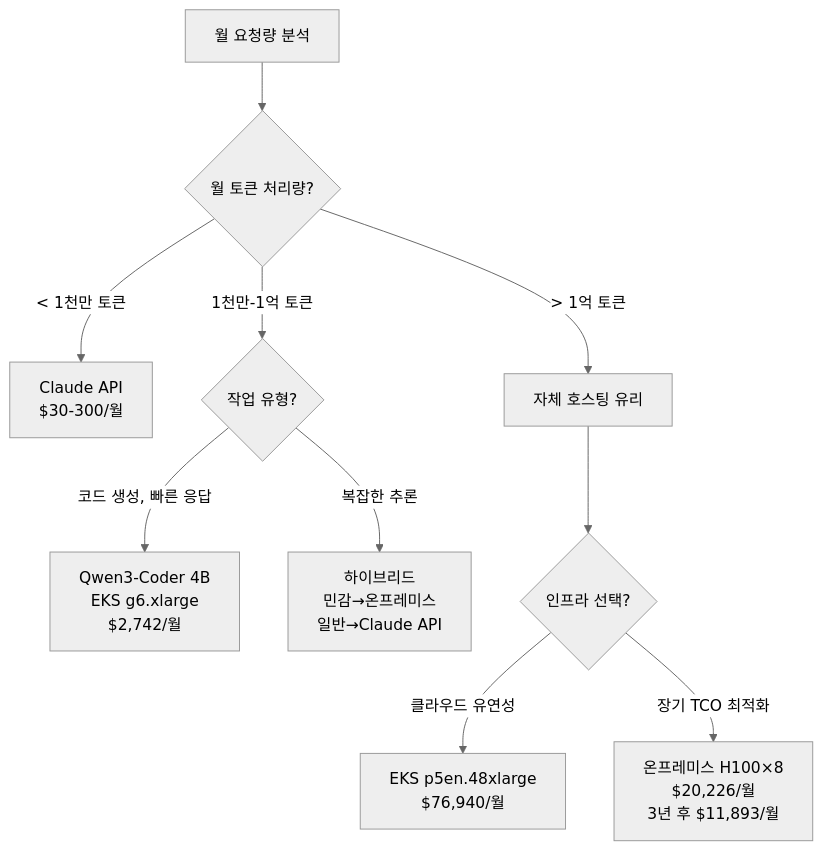
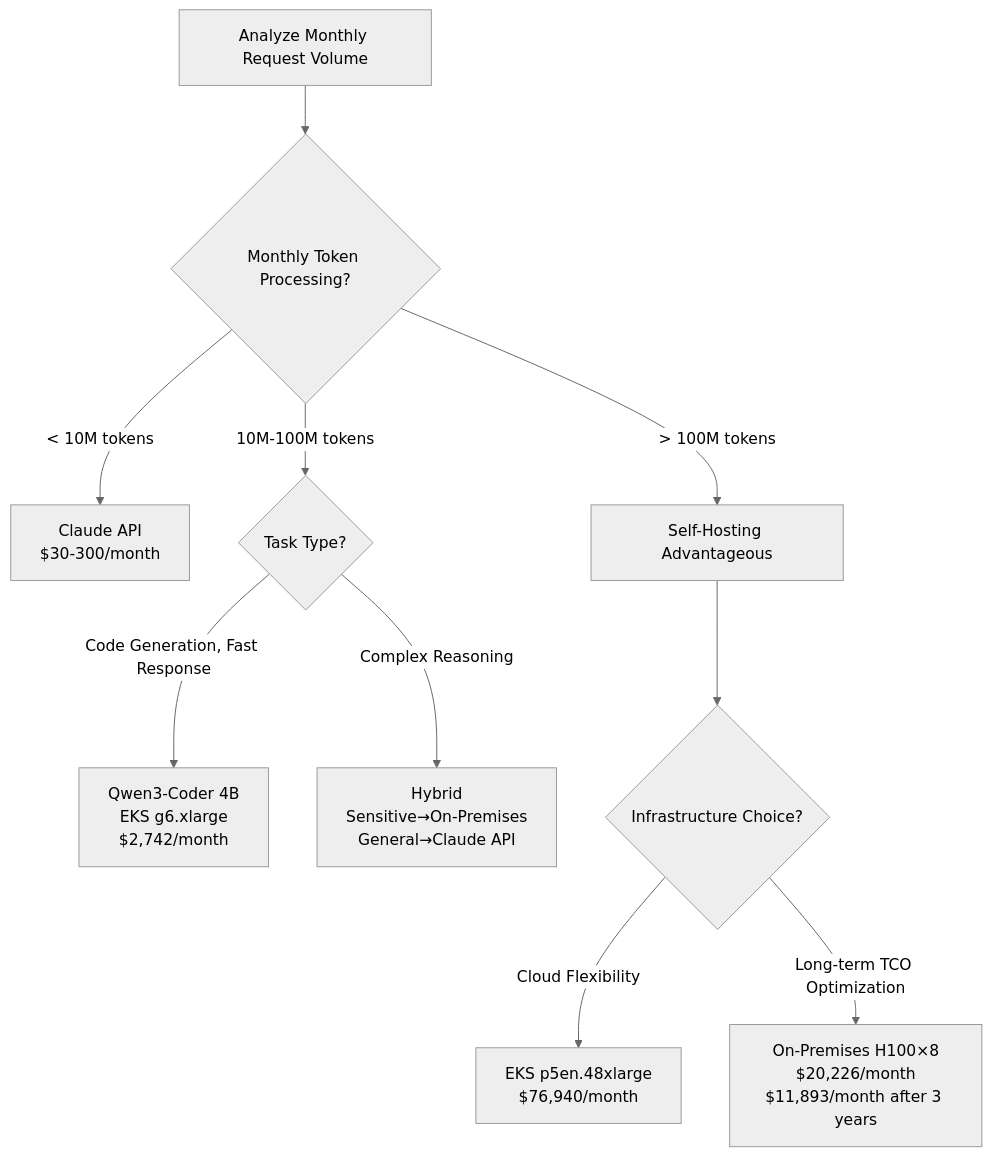
The fourth of 4 diagrams in docs/aidlc/toolchain/open-weight-models.md (devfloor9/engineering-playbook), drawn with Mermaid (neutral theme) before and after one commit. The commit also changed other lines of this file and 954 other files, not shown here.

````diff
--- a/docs/aidlc/toolchain/open-weight-models.md
+++ b/docs/aidlc/toolchain/open-weight-models.md
@@ -243,12 +243,12 @@
 ```mermaid
 graph TD
-    A[월 요청량 분석] --> B{월 토큰 처리량?}
-    B -->|< 1천만 토큰| C[Claude API<br/>$30-300/월]
-    B -->|1천만-1억 토큰| D{작업 유형?}
-    B -->|> 1억 토큰| E[자체 호스팅 유리]
-    D -->|코드 생성, 빠른 응답| F[Qwen3-Coder 4B<br/>EKS g6.xlarge<br/>$2,742/월]
-    D -->|복잡한 추론| G[하이브리드<br/>민감→온프레미스<br/>일반→Claude API]
-    E --> H{인프라 선택?}
-    H -->|클라우드 유연성| I[EKS p5en.48xlarge<br/>$76,940/월]
-    H -->|장기 TCO 최적화| J[온프레미스 H100×8<br/>$20,226/월<br/>3년 후 $11,893/월]
+    A[Analyze Monthly Request Volume] --> B{Monthly Token Processing?}
+    B -->|< 10M tokens| C[Claude API<br/>$30-300/month]
+    B -->|10M-100M tokens| D{Task Type?}
+    B -->|> 100M tokens| E[Self-Hosting Advantageous]
+    D -->|Code Generation, Fast Response| F[Qwen3-Coder 4B<br/>EKS g6.xlarge<br/>$2,742/month]
+    D -->|Complex Reasoning| G[Hybrid<br/>Sensitive→On-Premises<br/>General→Claude API]
+    E --> H{Infrastructure Choice?}
+    H -->|Cloud Flexibility| I[EKS p5en.48xlarge<br/>$76,940/month]
+    H -->|Long-term TCO Optimization| J[On-Premises H100×8<br/>$20,226/month<br/>$11,893/month after 3 years]
 ```
````
